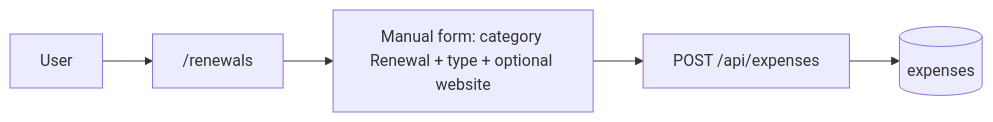
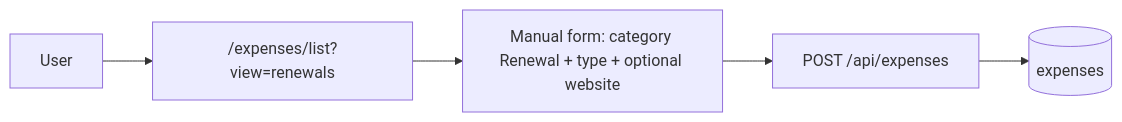
One commit to becomeonewiththecode/expense_tracker changed the first of 3 diagrams in docs/RENEWALS.md. Above: the diagram before and after it, drawn with Mermaid. The commit also changed other lines of this file and 36 other files, not shown here.

````diff
--- a/docs/RENEWALS.md
+++ b/docs/RENEWALS.md
@@ -24,7 +24,7 @@
 ```mermaid
 flowchart LR
-  U[User] --> P["/renewals"]
+  U[User] --> P["/expenses/list?view=renewals"]
   P --> F[Manual form: category Renewal + type + optional website]
   F --> API["POST /api/expenses"]
   API --> DB[(expenses)]
 ```
````
